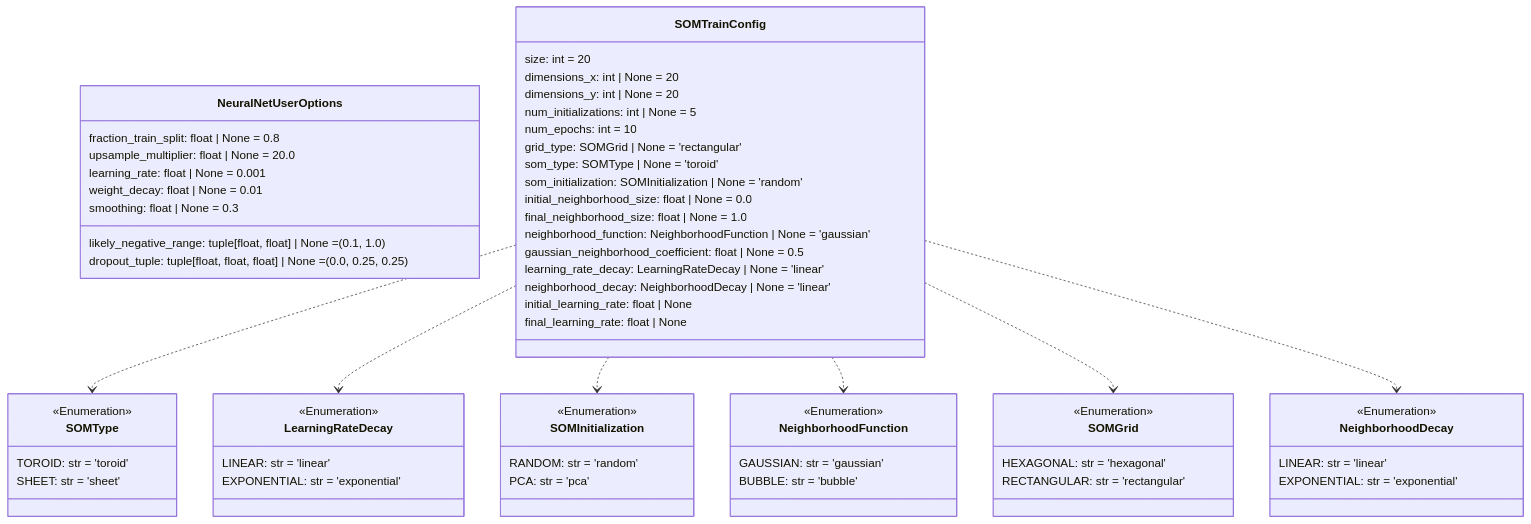
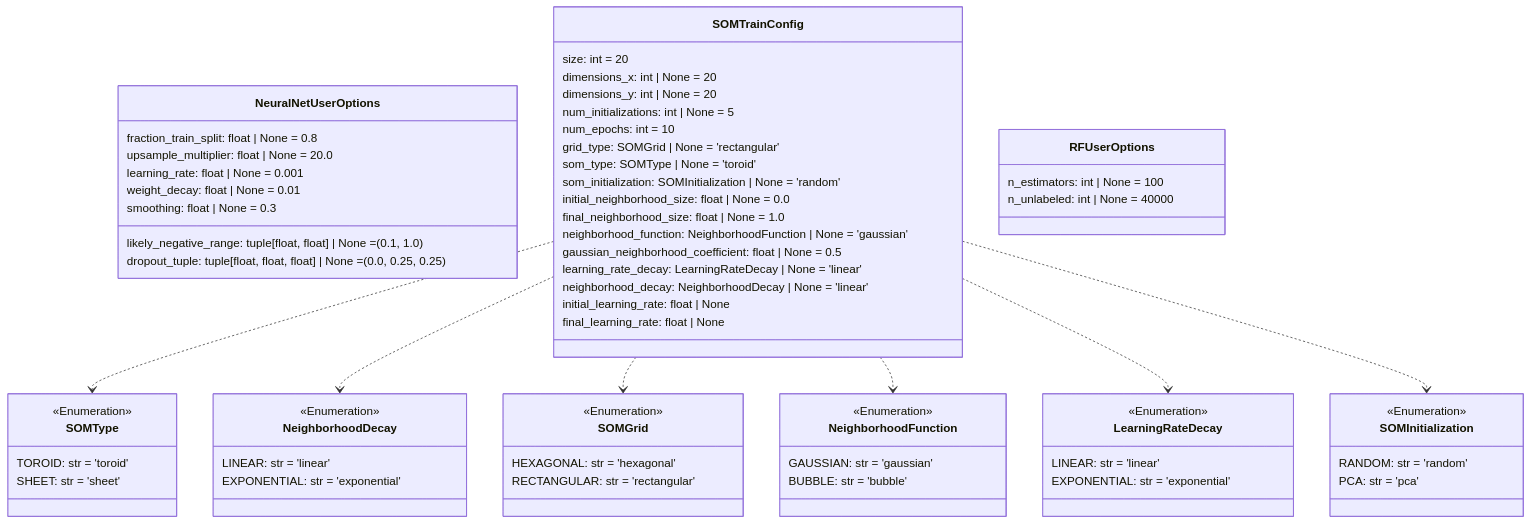
One commit to DARPA-CRITICALMAAS/cdr_schemas changed diagram 14 of 14 in README.md. Above: the diagram before and after it, drawn with Mermaid. The commit also changed other lines of this file and 2 other files, not shown here.

First line of the commit message:
minimal RFUserOptions for baseline RandomForestClassifier model (#61)

````diff
--- a/README.md
+++ b/README.md
@@ -1213,77 +1280,82 @@
 ```mermaid
 classDiagram
+
+    class SOMType {
+        <<Enumeration>>
+        TOROID: str = 'toroid'
+        SHEET: str = 'sheet'
+    }
 
     class NeuralNetUserOptions {
         likely_negative_range: tuple[float, float] | None = (0.1, 1.0)
         fraction_train_split: float | None = 0.8
         upsample_multiplier: float | None = 20.0
         dropout_tuple: tuple[float, float, float] | None = (0.0, 0.25, 0.25)
         learning_rate: float | None = 0.001
         weight_decay: float | None = 0.01
         smoothing: float | None = 0.3
     }
 
     class SOMInitialization {
         <<Enumeration>>
         RANDOM: str = 'random'
         PCA: str = 'pca'
+    }
+
+    class NeighborhoodDecay {
+        <<Enumeration>>
+        LINEAR: str = 'linear'
+        EXPONENTIAL: str = 'exponential'
     }
 
     class SOMTrainConfig {
         size: int = 20
         dimensions_x: int | None = 20
         dimensions_y: int | None = 20
         num_initializations: int | None = 5
         num_epochs: int = 10
         grid_type: SOMGrid | None = 'rectangular'
         som_type: SOMType | None = 'toroid'
         som_initialization: SOMInitialization | None = 'random'
         initial_neighborhood_size: float | None = 0.0
         final_neighborhood_size: float | None = 1.0
         neighborhood_function: NeighborhoodFunction | None = 'gaussian'
         gaussian_neighborhood_coefficient: float | None = 0.5
         learning_rate_decay: LearningRateDecay | None = 'linear'
         neighborhood_decay: NeighborhoodDecay | None = 'linear'
         initial_learning_rate: float | None
         final_learning_rate: float | None
     }
 
-    class NeighborhoodDecay {
+    class SOMGrid {
         <<Enumeration>>
-        LINEAR: str = 'linear'
-        EXPONENTIAL: str = 'exponential'
+        HEXAGONAL: str = 'hexagonal'
+        RECTANGULAR: str = 'rectangular'
     }
 
-    class SOMType {
+    class RFUserOptions {
+        n_estimators: int | None = 100
+        n_unlabeled: int | None = 40000
+    }
+
+    class NeighborhoodFunction {
         <<Enumeration>>
-        TOROID: str = 'toroid'
-        SHEET: str = 'sheet'
+        GAUSSIAN: str = 'gaussian'
+        BUBBLE: str = 'bubble'
     }
 
     class LearningRateDecay {
         <<Enumeration>>
         LINEAR: str = 'linear'
         EXPONENTIAL: str = 'exponential'
     }
 
-    class NeighborhoodFunction {
-        <<Enumeration>>
-        GAUSSIAN: str = 'gaussian'
-        BUBBLE: str = 'bubble'
-    }
-
-    class SOMGrid {
-        <<Enumeration>>
-        HEXAGONAL: str = 'hexagonal'
-        RECTANGULAR: str = 'rectangular'
-    }
-
     SOMTrainConfig ..> SOMType
+    SOMTrainConfig ..> NeighborhoodDecay
+    SOMTrainConfig ..> SOMGrid
+    SOMTrainConfig ..> NeighborhoodFunction
     SOMTrainConfig ..> LearningRateDecay
     SOMTrainConfig ..> SOMInitialization
-    SOMTrainConfig ..> NeighborhoodFunction
-    SOMTrainConfig ..> SOMGrid
-    SOMTrainConfig ..> NeighborhoodDecay
 
 
 ```
````
